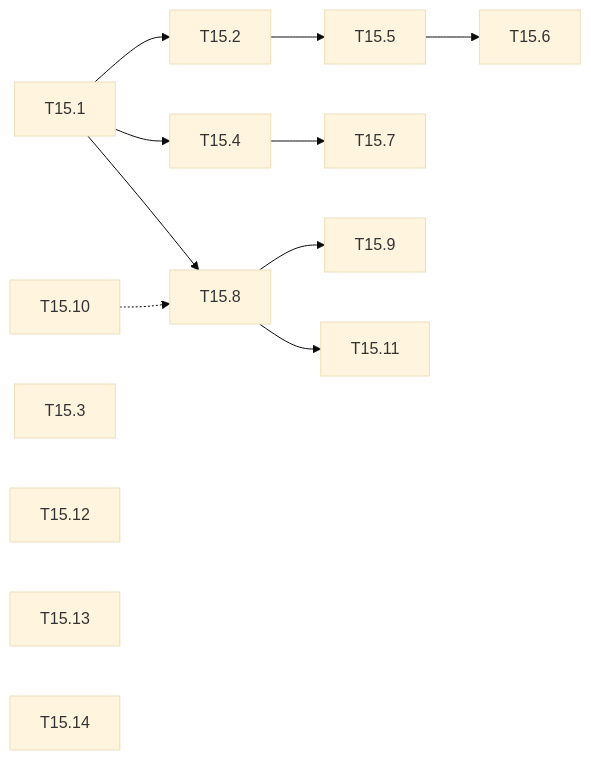
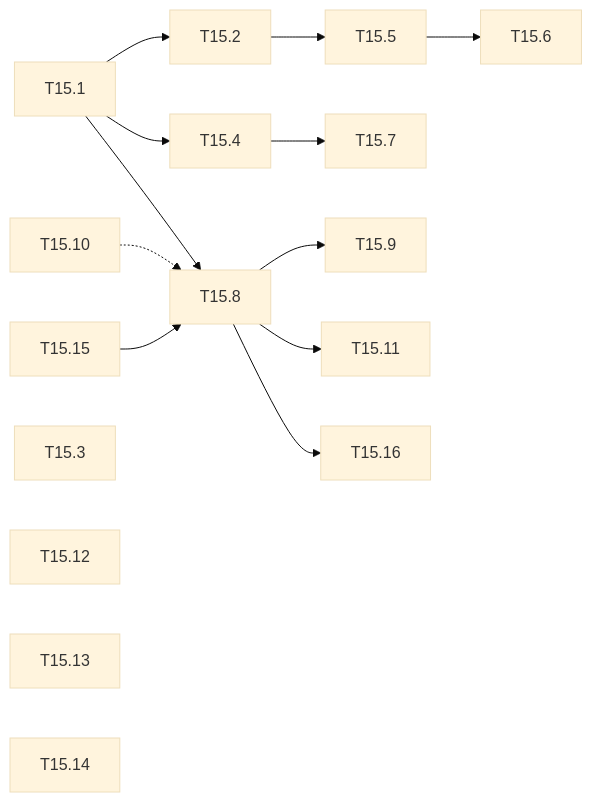
Before and after one commit to lrivals/EmbeddedComputervision: the diagram in docs/tasks/M15-campagne-entrainement.md, drawn with Mermaid (base theme). The commit also changed other lines of this file and 23 other files, not shown here.

````diff
--- a/docs/tasks/M15-campagne-entrainement.md
+++ b/docs/tasks/M15-campagne-entrainement.md
@@ -319,12 +367,14 @@
 ```mermaid
 graph LR
   T151[T15.1] --> T152[T15.2] --> T155[T15.5] --> T156[T15.6]
   T151 --> T154[T15.4] --> T157[T15.7]
   T151 --> T158[T15.8] --> T159[T15.9]
   T158 --> T1511[T15.11]
   T1510[T15.10] -.-> T158
+  T1515[T15.15] --> T158
+  T158 --> T1516[T15.16]
   T153[T15.3]
   T1512[T15.12]
   T1513[T15.13]
   T1514[T15.14]
 ```
````
